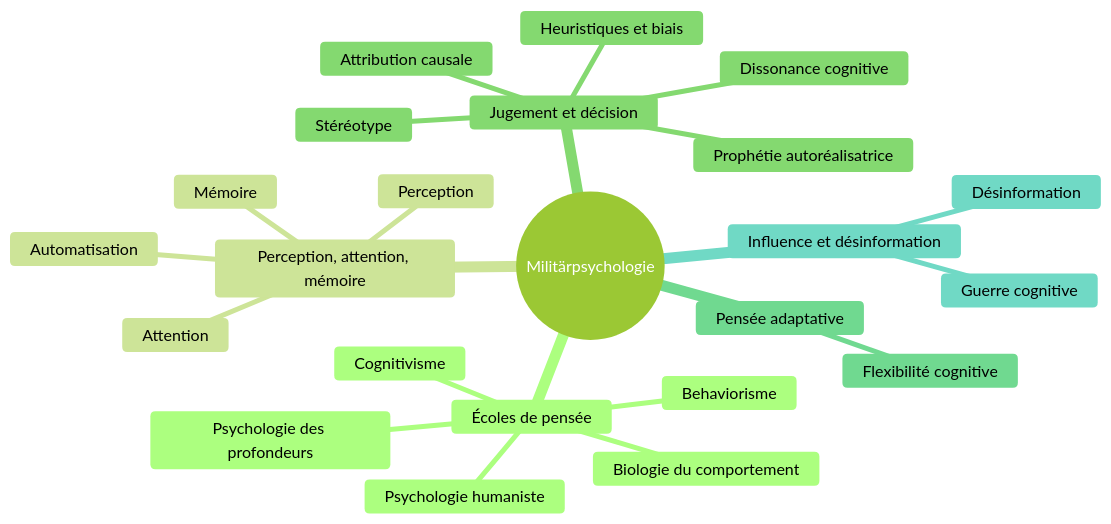
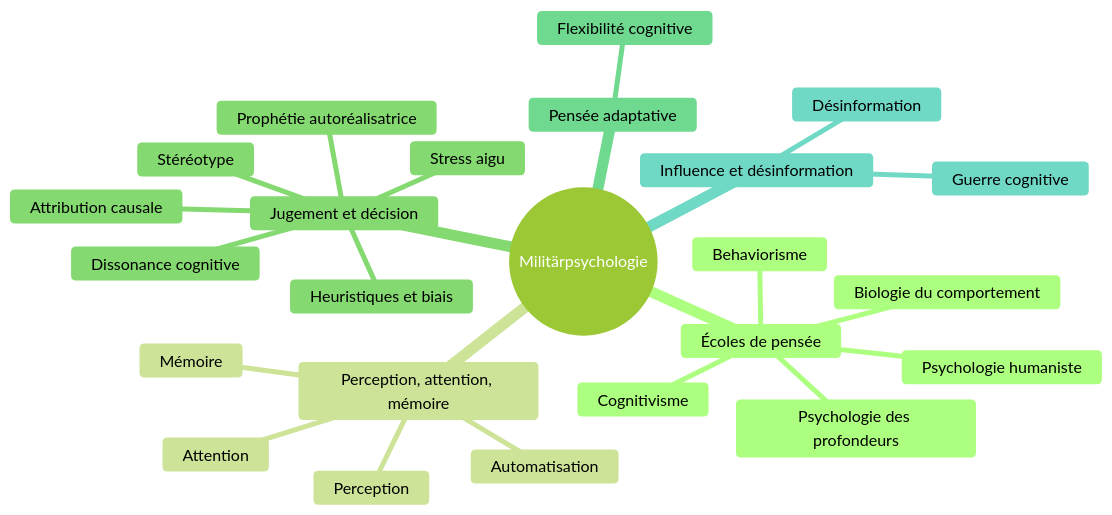
Before and after one commit to aidraxowl/NEXUS: the diagram in NEXUS/09-Learning/Course-Maps/HS26 - Militärpsychologie und -pädagogik.md, drawn with Mermaid (forest theme). The commit also changed other lines of this file and 123 other files, not shown here.

````diff
--- a/NEXUS/09-Learning/Course-Maps/HS26 - Militärpsychologie und -pädagogik.md
+++ b/NEXUS/09-Learning/Course-Maps/HS26 - Militärpsychologie und -pädagogik.md
@@ -19,26 +19,27 @@
 ```mermaid
 mindmap
   root((Militärpsychologie))
     Écoles de pensée
       Psychologie des profondeurs
       Behaviorisme
       Biologie du comportement
       Psychologie humaniste
       Cognitivisme
     Perception, attention, mémoire
       Perception
       Attention
       Automatisation
       Mémoire
     Jugement et décision
       Heuristiques et biais
       Attribution causale
       Dissonance cognitive
       Stéréotype
       Prophétie autoréalisatrice
+      Stress aigu
     Pensée adaptative
       Flexibilité cognitive
     Influence et désinformation
       Guerre cognitive
       Désinformation
 ```
````
